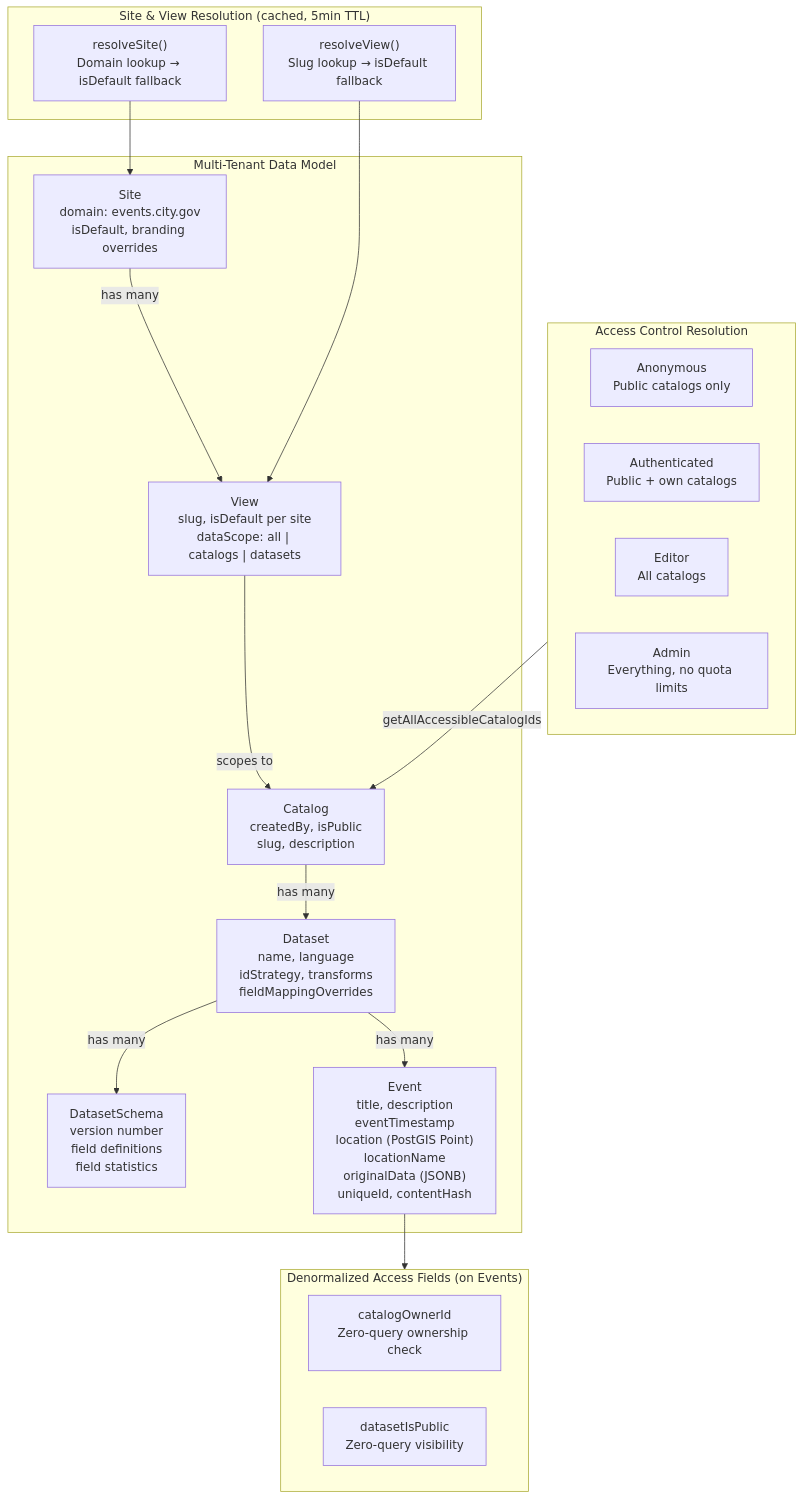
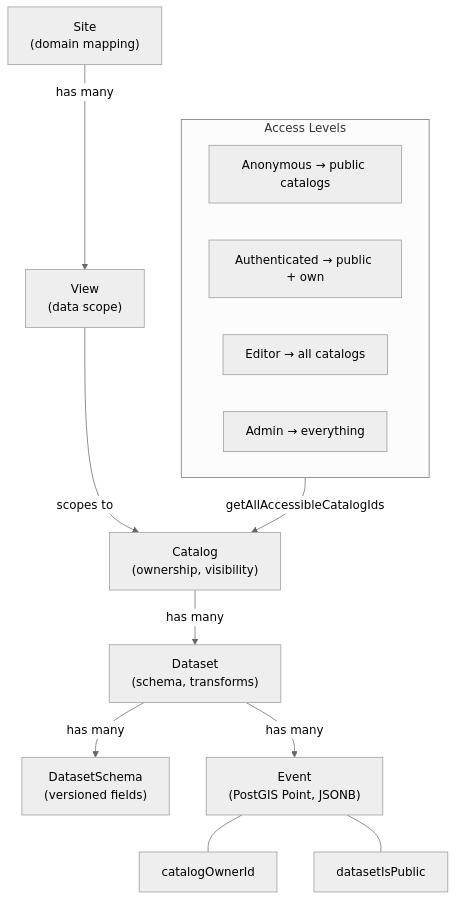
The sixth of 6 diagrams in apps/docs/content/development/architecture/data-flow.mdx (jfilter/timetiles), drawn with Mermaid before and after one commit. The commit also changed other lines of this file and 12 other files, not shown here.

````diff
--- a/apps/docs/content/development/architecture/data-flow.mdx
+++ b/apps/docs/content/development/architecture/data-flow.mdx
@@ -435,39 +291,21 @@
 ```mermaid
+%%{init: {'theme': 'neutral'}}%%
 flowchart TD
-    subgraph MULTI_TENANT["Multi-Tenant Data Model"]
-        SITE["Site<br/>domain: events.city.gov<br/>isDefault, branding overrides"]
-        VIEW["View<br/>slug, isDefault per site<br/>dataScope: all | catalogs | datasets"]
-        CATALOG["Catalog<br/>createdBy, isPublic<br/>slug, description"]
-        DATASET["Dataset<br/>name, language<br/>idStrategy, transforms<br/>fieldMappingOverrides"]
-        SCHEMA_V["DatasetSchema<br/>version number<br/>field definitions<br/>field statistics"]
-        EVENT["Event<br/>title, description<br/>eventTimestamp<br/>location (PostGIS Point)<br/>locationName<br/>originalData (JSONB)<br/>uniqueId, contentHash"]
+    SITE["Site\n(domain mapping)"] -->|"has many"| VIEW["View\n(data scope)"]
+    VIEW -->|"scopes to"| CATALOG["Catalog\n(ownership, visibility)"]
+    CATALOG -->|"has many"| DATASET["Dataset\n(schema, transforms)"]
+    DATASET -->|"has many"| SCHEMA_V["DatasetSchema\n(versioned fields)"]
+    DATASET -->|"has many"| EVENT["Event\n(PostGIS Point, JSONB)"]
+
+    EVENT --- D1["catalogOwnerId"]
+    EVENT --- D2["datasetIsPublic"]
+
+    subgraph ACCESS["Access Levels"]
+        ANON["Anonymous → public catalogs"]
+        AUTH["Authenticated → public + own"]
+        EDITOR["Editor → all catalogs"]
+        ADMIN["Admin → everything"]
     end
 
-    subgraph DENORM["Denormalized Access Fields (on Events)"]
-        D1["catalogOwnerId<br/>Zero-query ownership check"]
-        D2["datasetIsPublic<br/>Zero-query visibility"]
-    end
-
-    subgraph ACCESS_RULES["Access Control Resolution"]
-        ANON["Anonymous<br/>Public catalogs only"]
-        AUTH["Authenticated<br/>Public + own catalogs"]
-        EDITOR["Editor<br/>All catalogs"]
-        ADMIN["Admin<br/>Everything, no quota limits"]
-    end
-
-    subgraph RESOLUTION["Site & View Resolution (cached, 5min TTL)"]
-        RESOLVE_SITE["resolveSite()<br/>Domain lookup → isDefault fallback"]
-        RESOLVE_VIEW["resolveView()<br/>Slug lookup → isDefault fallback"]
-    end
-
-    SITE -->|"has many"| VIEW
-    VIEW -->|"scopes to"| CATALOG
-    CATALOG -->|"has many"| DATASET
-    DATASET -->|"has many"| SCHEMA_V
-    DATASET -->|"has many"| EVENT
-    EVENT --> DENORM
-
-    ACCESS_RULES -->|"getAllAccessibleCatalogIds"| CATALOG
-    RESOLVE_SITE --> SITE
-    RESOLVE_VIEW --> VIEW
+    ACCESS -->|"getAllAccessibleCatalogIds"| CATALOG
 ```
````
